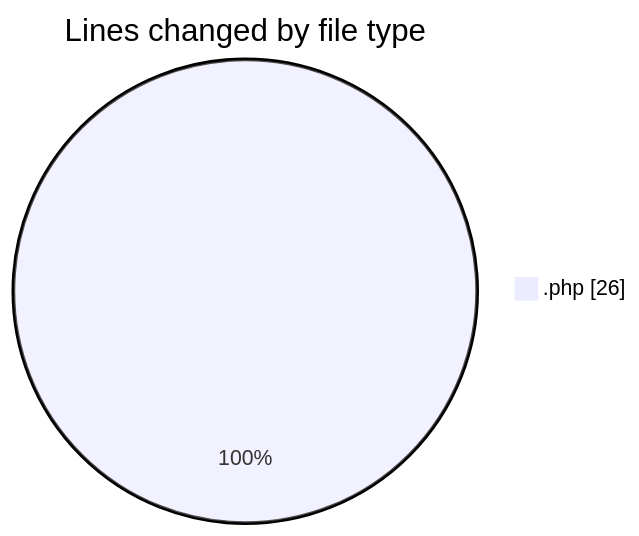
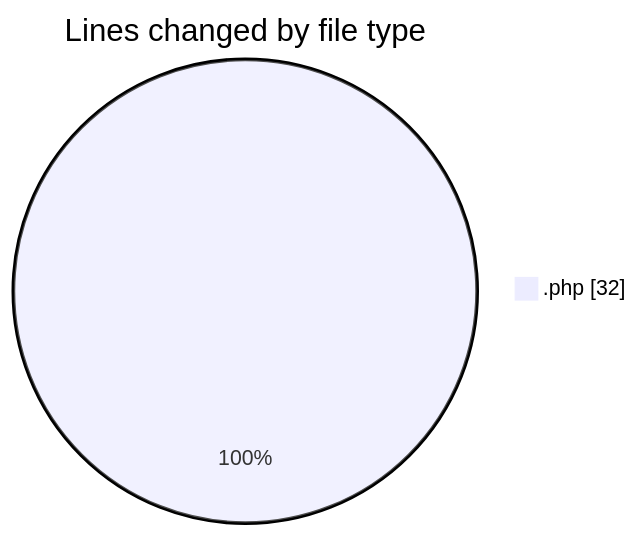
One commit to LanceThiago/code-tracking changed the first of 2 diagrams in 2025-05-14/web/README.md. Above: the diagram before and after it, drawn with Mermaid. The commit also changed other lines of this file and 1 other file, not shown here.

````diff
--- a/2025-05-14/web/README.md
+++ b/2025-05-14/web/README.md
@@ -20,5 +20,5 @@
 ```mermaid
 pie showData
 title Lines changed by file type
-".php" : 26
+".php" : 32
 ```
````
